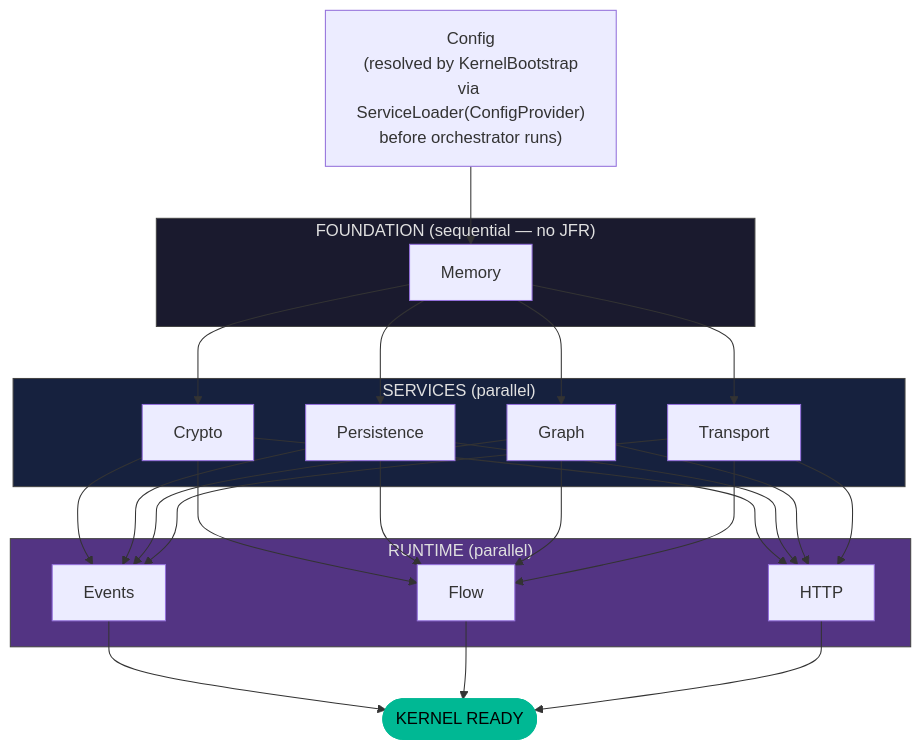
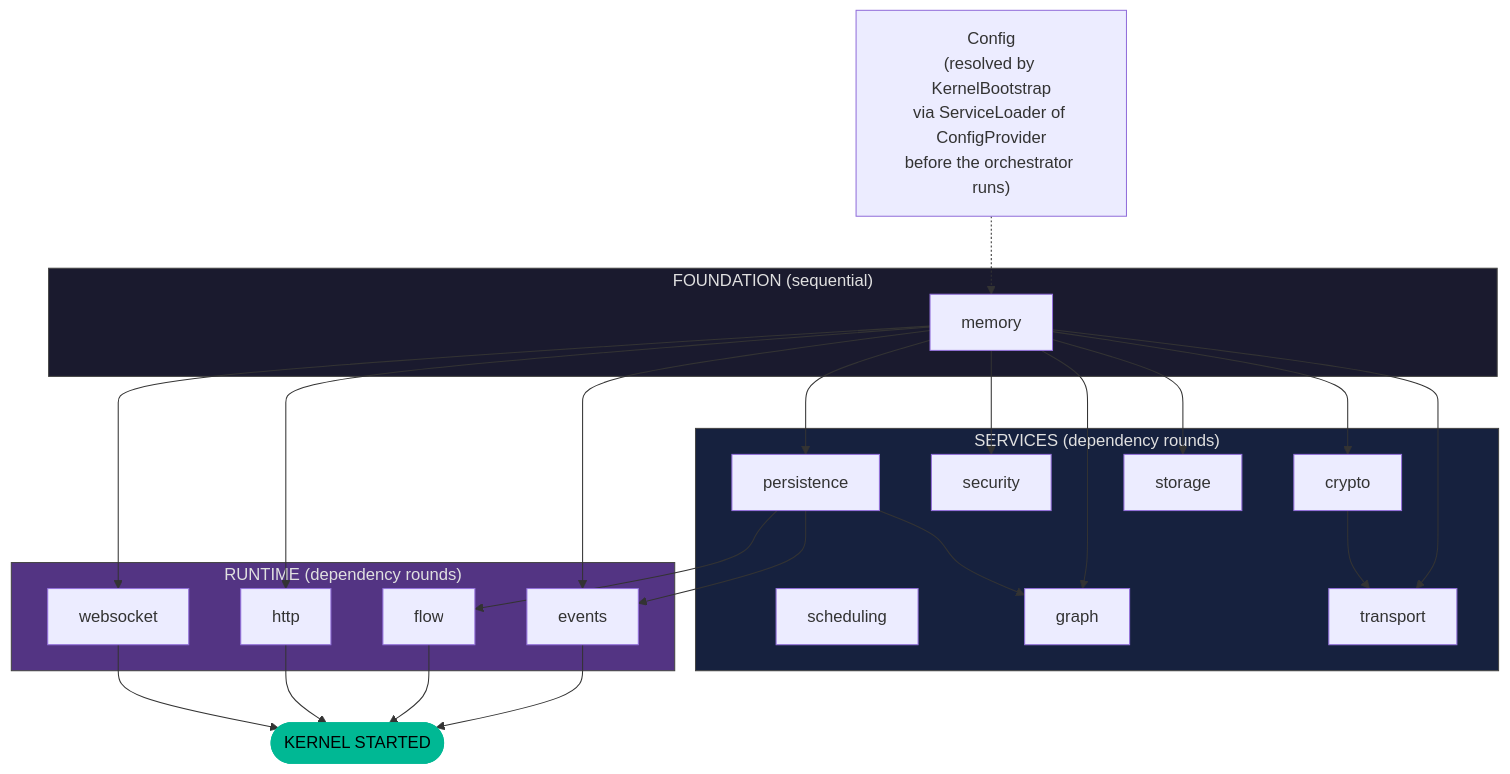
Before and after one commit to exeris-systems/exeris-kernel: the first of 4 diagrams in docs/subsystems/bootstrap.md, drawn with Mermaid. The commit also changed other lines of this file and 1973 other files, not shown here.

````diff
--- a/docs/subsystems/bootstrap.md
+++ b/docs/subsystems/bootstrap.md
@@ -58,32 +87,39 @@
 ```mermaid
 flowchart TD
-    CFG["Config\n(resolved by KernelBootstrap\nvia ServiceLoader(ConfigProvider)\nbefore orchestrator runs)"]
+    CFG["Config<br/>(resolved by KernelBootstrap<br/>via ServiceLoader of ConfigProvider<br/>before the orchestrator runs)"]
 
-    subgraph FOUNDATION["FOUNDATION (sequential — no JFR)"]
-        MEM[Memory]
+    subgraph FOUNDATION["FOUNDATION (sequential)"]
+        MEM[memory]
     end
 
-    subgraph SERVICES["SERVICES (parallel)"]
-        CRP[Crypto]
-        PER[Persistence]
-        GRP[Graph]
-        TRP[Transport]
+    subgraph SERVICES["SERVICES (dependency rounds)"]
+        CRP[crypto]
+        SEC[security]
+        PER[persistence]
+        SCH[scheduling]
+        STO[storage]
+        GRP[graph]
+        TRP[transport]
     end
 
-    subgraph RUNTIME["RUNTIME (parallel)"]
-        EVT[Events]
-        FLW[Flow]
-        HTTP["HTTP"]
+    subgraph RUNTIME["RUNTIME (dependency rounds)"]
+        EVT[events]
+        FLW[flow]
+        HTTP[http]
+        WS[websocket]
     end
 
-    CFG --> MEM
-    MEM --> CRP & PER & GRP & TRP
-    CRP & PER & GRP & TRP --> EVT & FLW & HTTP
+    CFG -.-> MEM
+    MEM --> CRP & SEC & PER & STO & GRP & TRP
+    CRP --> TRP
+    PER --> GRP
+    MEM --> EVT & HTTP & WS
+    PER --> EVT & FLW
 
-    EVT & FLW & HTTP --> RDY([KERNEL READY])
+    EVT & FLW & HTTP & WS --> RDY([KERNEL STARTED])
 
     style FOUNDATION fill:#1a1a2e,color:#e0e0e0,stroke:#444
     style SERVICES fill:#16213e,color:#e0e0e0,stroke:#444
     style RUNTIME fill:#533483,color:#e0e0e0,stroke:#444
     style RDY fill:#00b894,color:#000,stroke:#00b894
 ```
````
